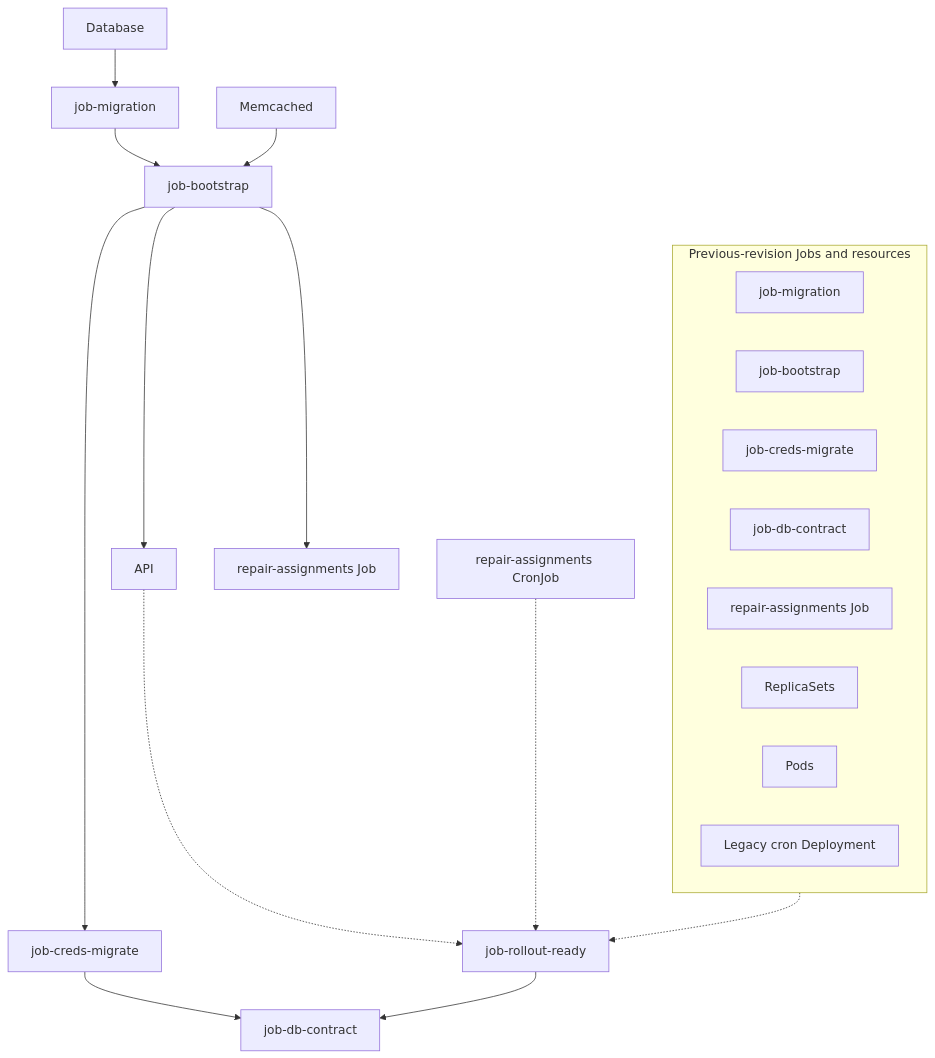
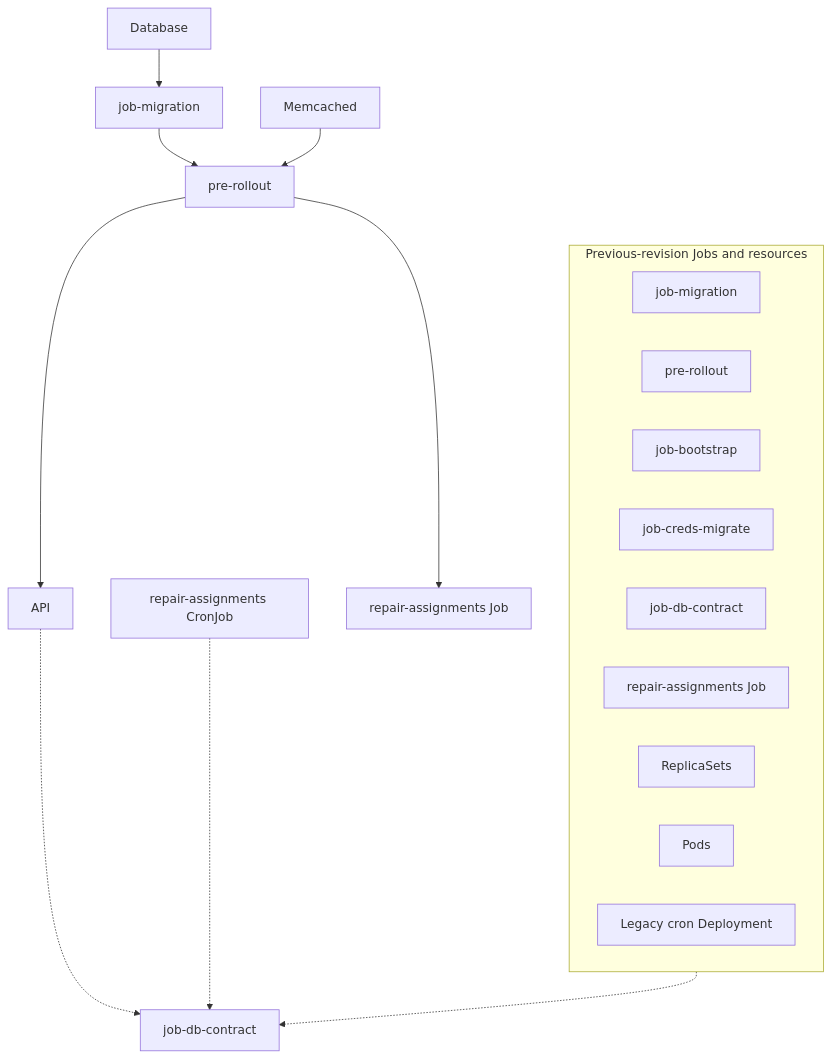
Before and after one commit to sapcc/helm-charts: the second of 2 diagrams in openstack/keystone/README.md, drawn with Mermaid. The commit also changed other lines of this file and 18 other files, not shown here.

````diff
--- a/openstack/keystone/README.md
+++ b/openstack/keystone/README.md
@@ -55,25 +53,23 @@
 ```mermaid
 flowchart TD
     DB[Database] --> MIG[job-migration]
-    MIG --> BOOT[job-bootstrap]
-    CACHE[Memcached] --> BOOT
-    BOOT --> API[API]
-    BOOT --> CREDS[job-creds-migrate]
-    BOOT --> REPAIR[repair-assignments Job]
-    API -.-> READY[job-rollout-ready]
-    CRON[repair-assignments CronJob] -.-> READY
-    CREDS --> CONTRACT
-    READY --> CONTRACT[job-db-contract]
+    MIG --> PRE[pre-rollout]
+    CACHE[Memcached] --> PRE
+    PRE --> API[API]
+    PRE --> REPAIR[repair-assignments Job]
+    API -.-> CONTRACT[job-db-contract]
+    CRON[repair-assignments CronJob] -.-> CONTRACT
 
     subgraph OLD[Previous-revision Jobs and resources]
         OLD_MIG[job-migration]
+        OLD_PRE[pre-rollout]
         OLD_BOOT[job-bootstrap]
         OLD_CREDS[job-creds-migrate]
         OLD_CONTRACT[job-db-contract]
         OLD_REPAIR[repair-assignments Job]
         OLD_RS[ReplicaSets]
         OLD_PODS[Pods]
         LEGACY[Legacy cron Deployment]
     end
-    OLD -.-> READY
+    OLD -.-> CONTRACT
 ```
````
